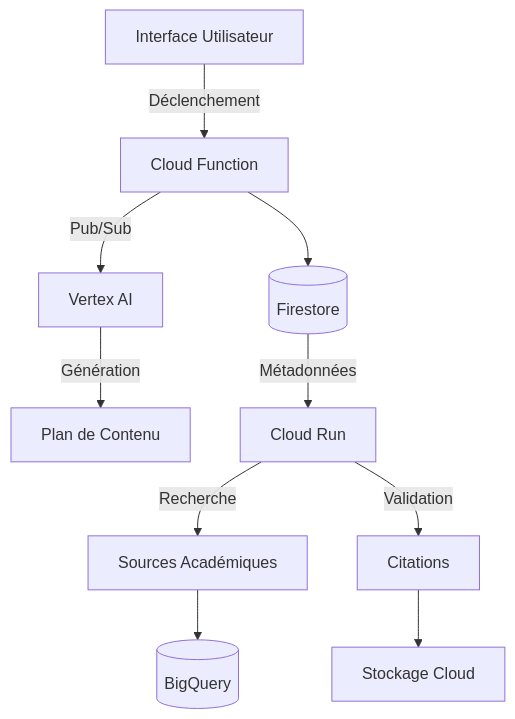
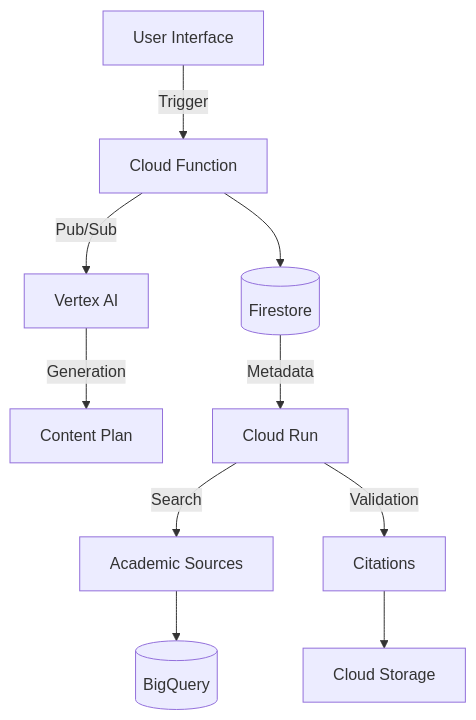
One commit to aivibe-collective/ai-hub-content changed the first of 2 diagrams in Documentation_Technique_Systeme.md. Above: the diagram before and after it, drawn with Mermaid. The commit also changed other lines of this file and 47 other files, not shown here.

````diff
--- a/Documentation_Technique_Systeme.md
+++ b/Documentation_Technique_Systeme.md
@@ -3,13 +3,13 @@
 ```mermaid
-%% Mise à jour du diagramme d'architecture
+%% Update of the architecture diagram
 graph TD
-    A[Interface Utilisateur] -->|Déclenchement| B[Cloud Function]
+    A[User Interface] -->|Trigger| B[Cloud Function]
     B -->|Pub/Sub| C[Vertex AI]
     B --> D[(Firestore)]
-    C -->|Génération| E[Plan de Contenu]
-    D -->|Métadonnées| F[Cloud Run]
-    F -->|Recherche| G[Sources Académiques]
+    C -->|Generation| E[Content Plan]
+    D -->|Metadata| F[Cloud Run]
+    F -->|Search| G[Academic Sources]
     F -->|Validation| H[Citations]
     G --> I[(BigQuery)]
-    H --> J[Stockage Cloud]
+    H --> J[Cloud Storage]
 ```
````
